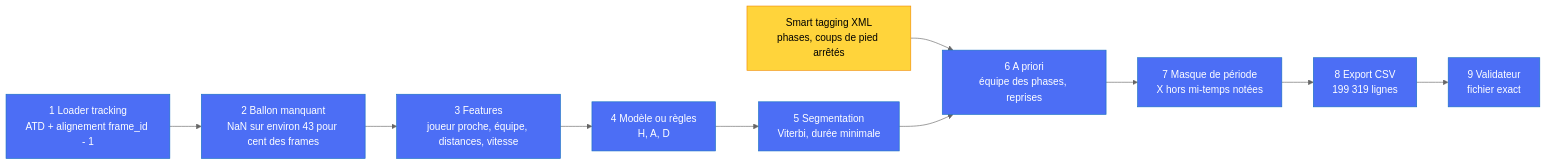
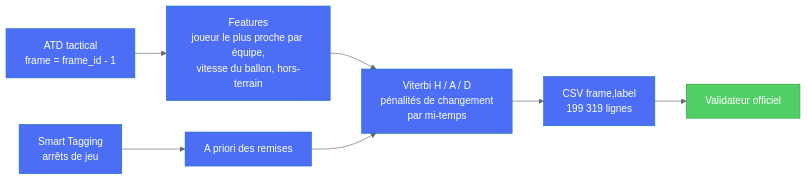
The second of 2 diagrams in README.md (ArenaHackhaton/Arena), drawn with Mermaid (neutral theme) before and after one commit. The commit also changed other lines of this file and 4 other files, not shown here.

````diff
--- a/README.md
+++ b/README.md
@@ -734,16 +156,13 @@
 ```mermaid
 flowchart LR
-  A["1 Loader tracking<br/>ATD + alignement frame_id - 1"] --> B["2 Ballon manquant<br/>NaN sur environ 43 pour cent des frames"]
-  B --> C["3 Features<br/>joueur proche, équipe, distances, vitesse"]
-  C --> D["4 Modèle ou règles<br/>H, A, D"]
-  D --> E["5 Segmentation<br/>Viterbi, durée minimale"]
-  F["Smart tagging XML<br/>phases, coups de pied arrêtés"] --> G
-  E --> G["6 A priori<br/>équipe des phases, reprises"]
-  G --> H["7 Masque de période<br/>X hors mi-temps notées"]
-  H --> I["8 Export CSV<br/>199 319 lignes"]
-  I --> J["9 Validateur<br/>fichier exact"]
-  classDef process fill:#4c6ef5,stroke:#1971c2,color:#fff
-  classDef pending fill:#ffd43b,stroke:#f08c00,color:#000
-  class A,B,C,D,E,G,H,I,J process
-  class F pending
+    A[ATD tactical<br/>frame = frame_id - 1] --> B[Features<br/>joueur le plus proche par équipe,<br/>vitesse du ballon, hors-terrain]
+    S[Smart Tagging<br/>arrêts de jeu] --> P[A priori des remises]
+    B --> V[Viterbi H / A / D<br/>pénalités de changement<br/>par mi-temps]
+    P --> V
+    V --> C[CSV frame,label<br/>199 319 lignes]
+    C --> W[Validateur officiel]
+    classDef step fill:#4c6ef5,stroke:#1971c2,color:#fff;
+    classDef ok fill:#51cf66,stroke:#2f9e44,color:#fff;
+    class A,B,S,P,V,C step;
+    class W ok;
 ```
````
